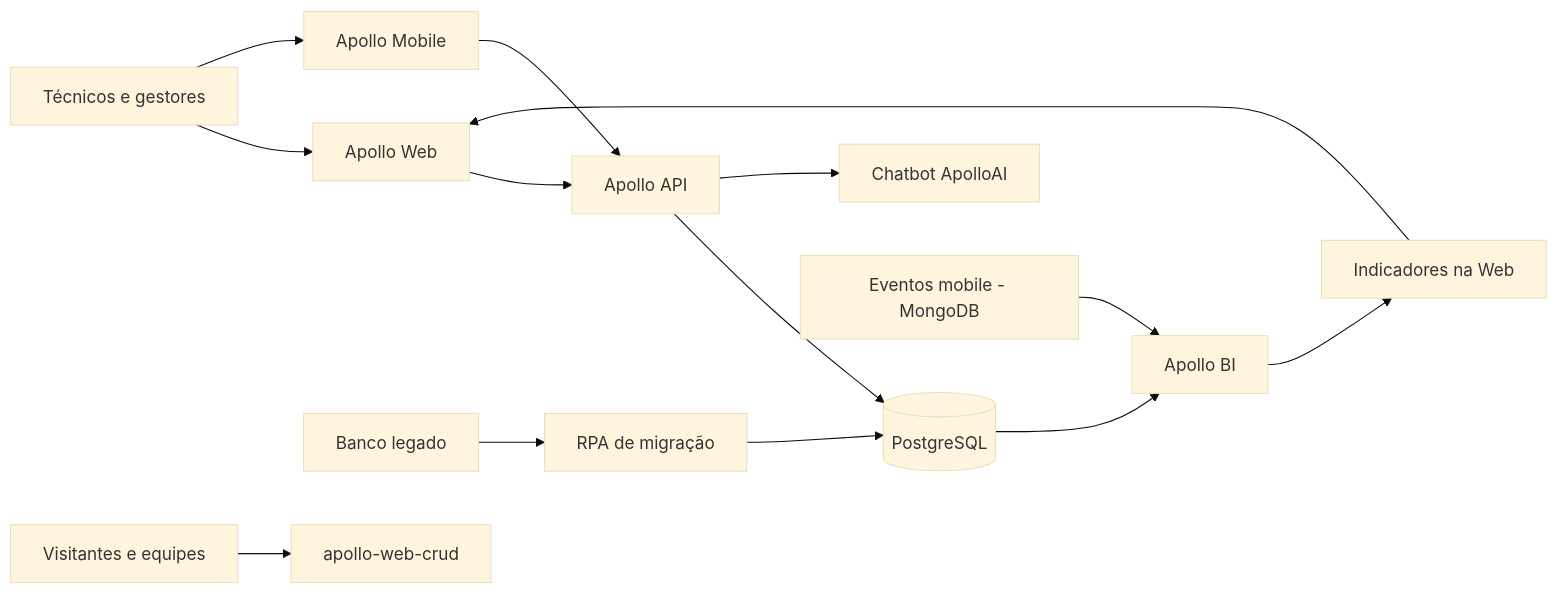
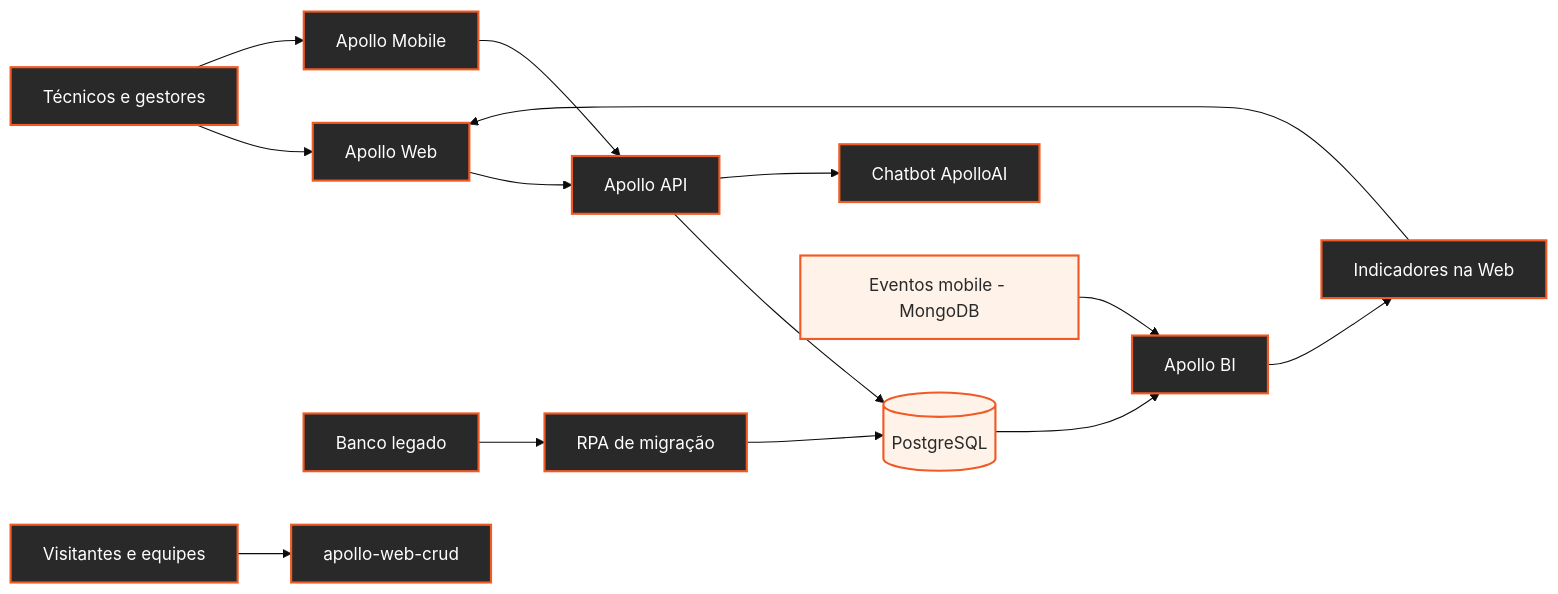
The diagram in profile/README.md (ApolloOficial/.github), drawn with Mermaid (base theme) before and after one commit.

Commit message:
docs: apply Apollo colors to ecosystem diagram
Applies the Figma orange and graphite palette to the Mermaid architecture diagram.

````diff
--- a/profile/README.md
+++ b/profile/README.md
@@ -32,16 +32,22 @@
 ```mermaid
 flowchart LR
     people["Técnicos e gestores"] --> web["Apollo Web"]
     people --> mobile["Apollo Mobile"]
     web --> api["Apollo API"]
     mobile --> api
     api --> postgres[("PostgreSQL")]
     api --> assistant["Chatbot ApolloAI"]
     postgres --> bi["Apollo BI"]
     events["Eventos mobile - MongoDB"] --> bi
     bi --> indicators["Indicadores na Web"]
     indicators --> web
     legacy["Banco legado"] --> rpa["RPA de migração"]
     rpa --> postgres
     visitors["Visitantes e equipes"] --> crud["apollo-web-crud"]
+
+    classDef platform fill:#292929,stroke:#F15A24,color:#FFFFFF,stroke-width:2px
+    classDef data fill:#FFF2E9,stroke:#F15A24,color:#292929,stroke-width:2px
+    class people,web,mobile,api,assistant,bi,indicators,visitors,crud,rpa platform
+    class postgres,events data
+    class legacy platform
 ```
````
